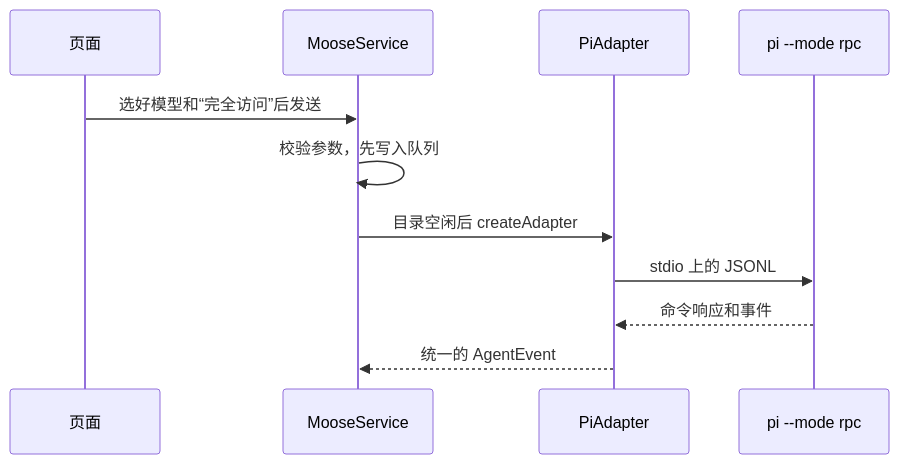
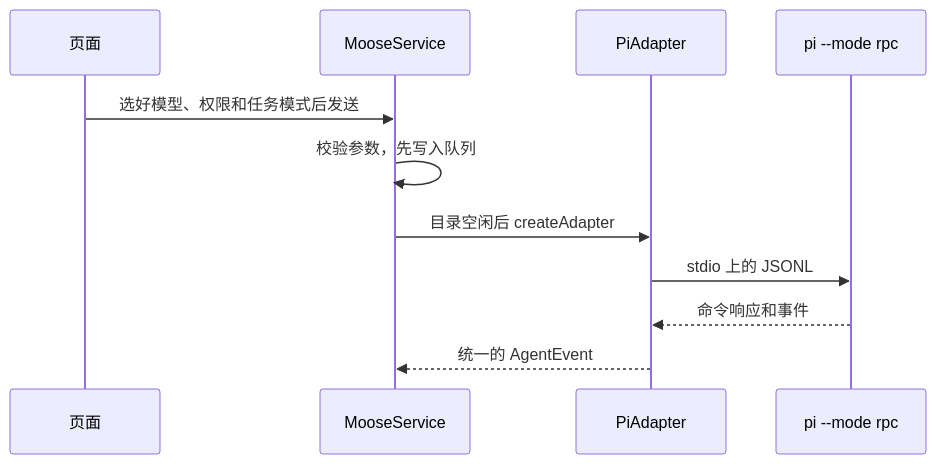
Before and after one commit to shqingda/moose: the diagram in docs/providers/pi.md, drawn with Mermaid. The commit also changed other lines of this file and 33 other files, not shown here.

````diff
--- a/docs/providers/pi.md
+++ b/docs/providers/pi.md
@@ -29,13 +29,13 @@
 ```mermaid
 sequenceDiagram
   participant Page as 页面
   participant Svc as MooseService
   participant Adapter as PiAdapter
   participant CLI as pi --mode rpc
-  Page->>Svc: 选好模型和“完全访问”后发送
+  Page->>Svc: 选好模型、权限和任务模式后发送
   Svc->>Svc: 校验参数，先写入队列
   Svc->>Adapter: 目录空闲后 createAdapter
   Adapter->>CLI: stdio 上的 JSONL
   CLI-->>Adapter: 命令响应和事件
   Adapter-->>Svc: 统一的 AgentEvent
 ```
````
